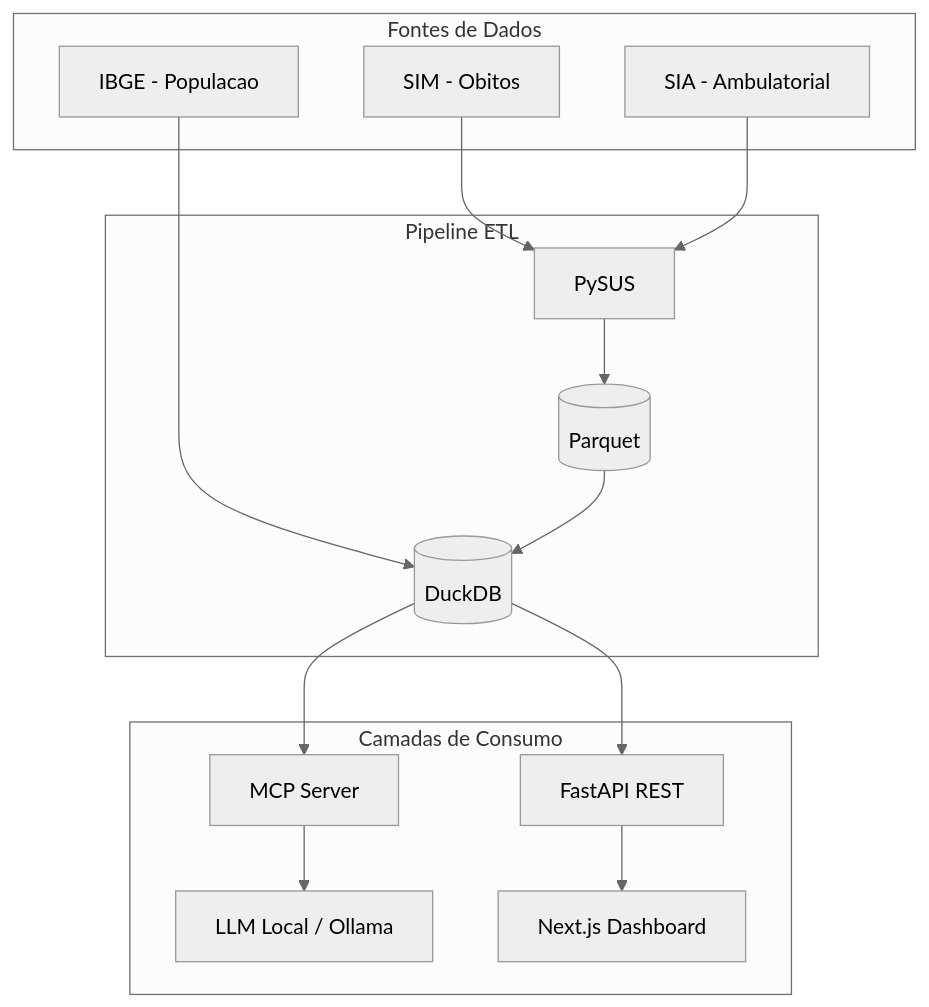
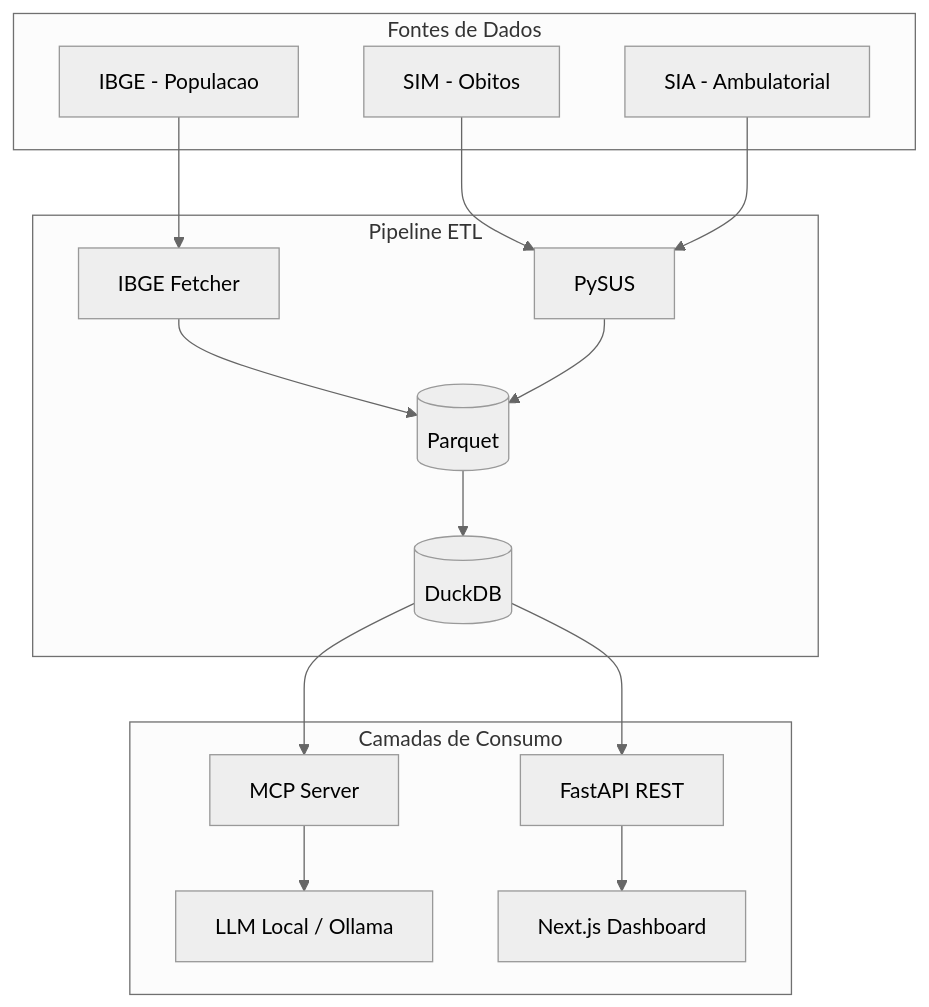
One commit to thallyslemos/tcc-pipeline-transito-sus changed the first of 4 diagrams in ARCHITECTURE.md. Above: the diagram before and after it, drawn with Mermaid (neutral theme). The commit also changed other lines of this file and 11 other files, not shown here.

````diff
--- a/ARCHITECTURE.md
+++ b/ARCHITECTURE.md
@@ -7,31 +7,33 @@
 ```mermaid
 flowchart TB
     subgraph Fontes[Fontes de Dados]
         SIM[SIM - Obitos]
         SIA[SIA - Ambulatorial]
         IBGE[IBGE - Populacao]
     end
 
     subgraph Pipeline[Pipeline ETL]
         PySUS[PySUS]
+        IBGE_Fetch[IBGE Fetcher]
         Parquet[(Parquet)]
         DuckDB[(DuckDB)]
     end
 
     subgraph Consumo[Camadas de Consumo]
         FastAPI[FastAPI REST]
         MCP[MCP Server]
         LLM[LLM Local / Ollama]
         Next[Next.js Dashboard]
     end
 
     SIM --> PySUS
     SIA --> PySUS
-    IBGE --> DuckDB
+    IBGE --> IBGE_Fetch
+    IBGE_Fetch --> Parquet
     PySUS --> Parquet
     Parquet --> DuckDB
     DuckDB --> FastAPI
     DuckDB --> MCP
     MCP --> LLM
     FastAPI --> Next
 ```
````
